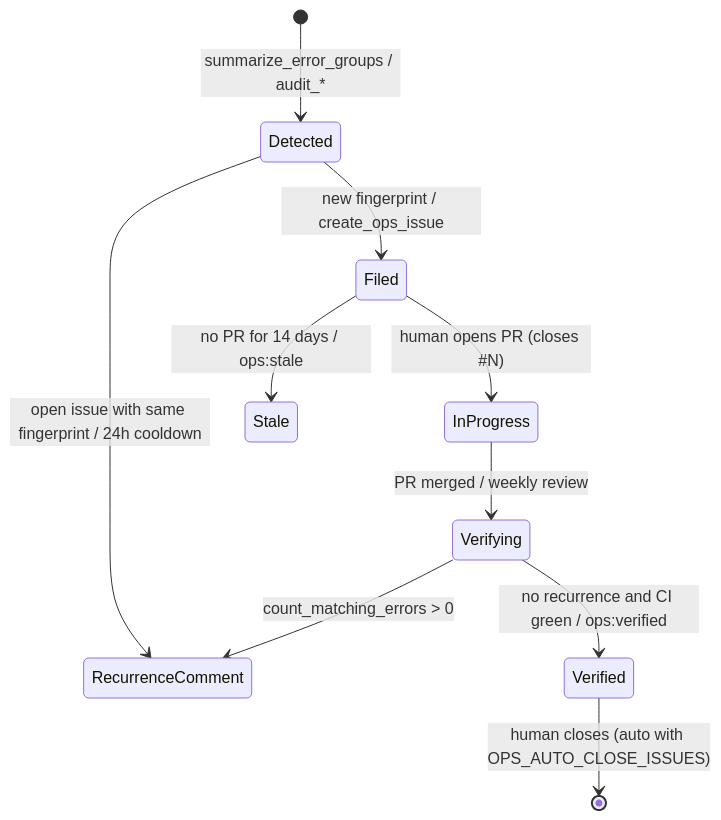
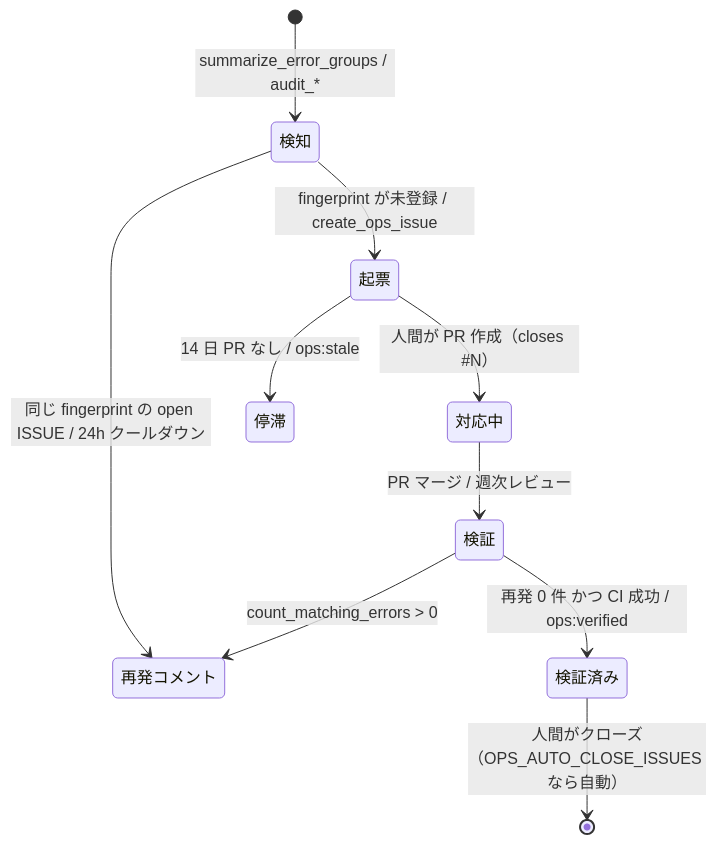
One commit to atsuki-sakai/cloud-ops-team changed the fourth of 4 diagrams in docs/architecture.md. Above: the diagram before and after it, drawn with Mermaid. The commit also changed other lines of this file and 26 other files, not shown here.

````diff
--- a/docs/architecture.md
+++ b/docs/architecture.md
@@ -264,12 +255,12 @@
 ```mermaid
 stateDiagram-v2
-    [*] --> Detected: summarize_error_groups / audit_*
-    Detected --> Filed: new fingerprint / create_ops_issue
-    Detected --> RecurrenceComment: open issue with same fingerprint / 24h cooldown
-    Filed --> InProgress: human opens PR (closes #N)
-    InProgress --> Verifying: PR merged / weekly review
-    Verifying --> Verified: no recurrence and CI green / ops:verified
-    Verifying --> RecurrenceComment: count_matching_errors > 0
-    Filed --> Stale: no PR for 14 days / ops:stale
-    Verified --> [*]: human closes (auto with OPS_AUTO_CLOSE_ISSUES)
+    [*] --> 検知: summarize_error_groups / audit_*
+    検知 --> 起票: fingerprint が未登録 / create_ops_issue
+    検知 --> 再発コメント: 同じ fingerprint の open ISSUE / 24h クールダウン
+    起票 --> 対応中: 人間が PR 作成（closes #N）
+    対応中 --> 検証: PR マージ / 週次レビュー
+    検証 --> 検証済み: 再発 0 件 かつ CI 成功 / ops:verified
+    検証 --> 再発コメント: count_matching_errors > 0
+    起票 --> 停滞: 14 日 PR なし / ops:stale
+    検証済み --> [*]: 人間がクローズ（OPS_AUTO_CLOSE_ISSUES なら自動）
 ```
````
